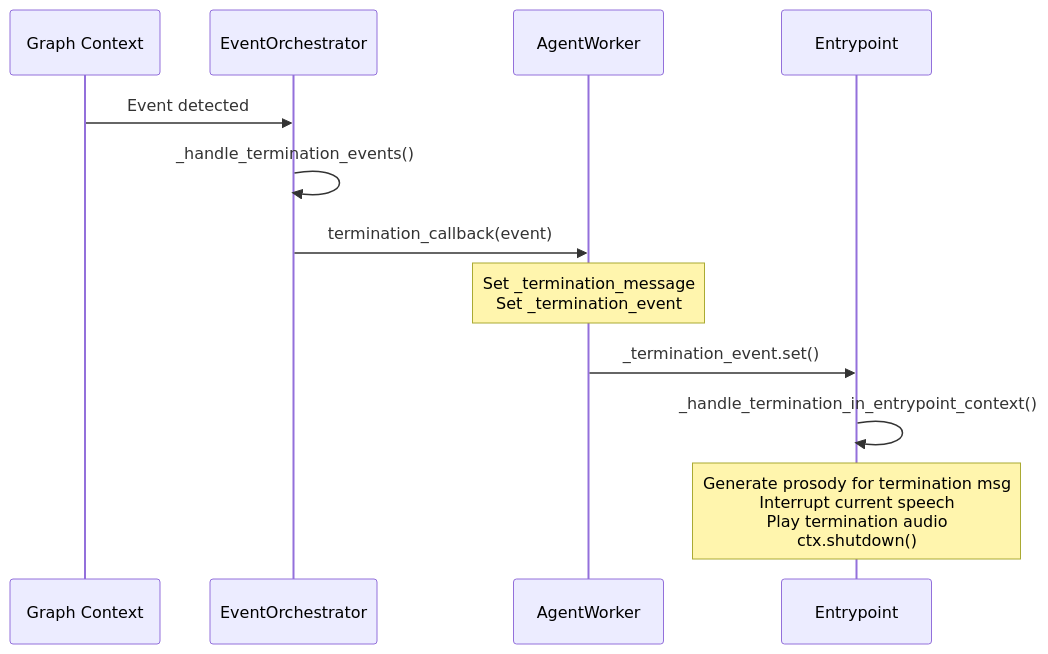
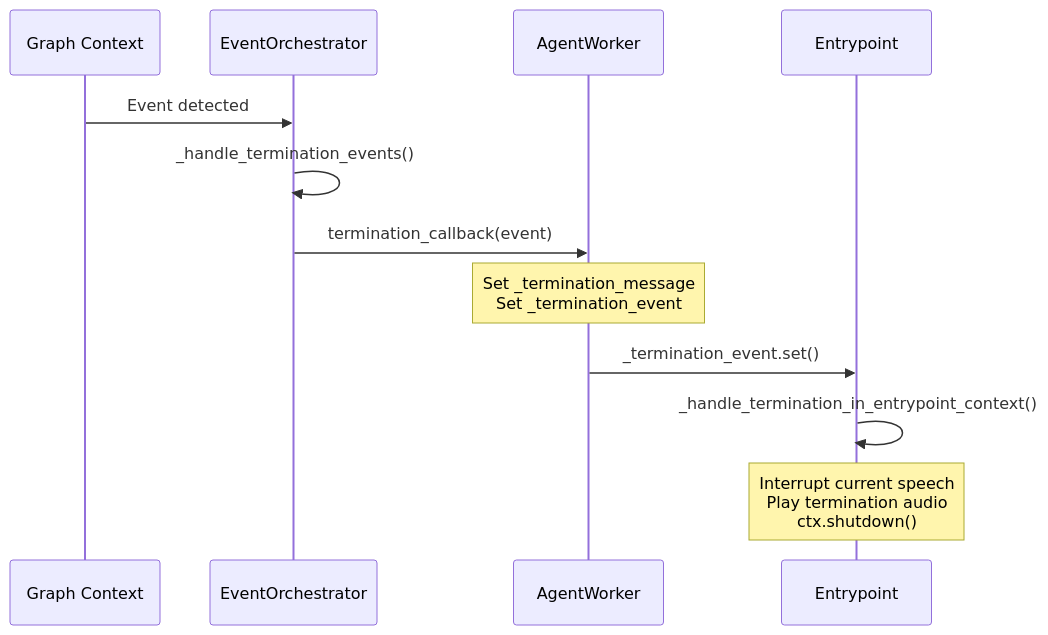
Before and after one commit to HelloAllyTech/ally-platform: the second of 2 diagrams in docs/01-worker-lifecycle.md, drawn with Mermaid. The commit also changed other lines of this file and 40 other files, not shown here.

First line of the commit message:
Remove speech prosody engine; keep v3 inline audio tags

````diff
--- a/docs/01-worker-lifecycle.md
+++ b/docs/01-worker-lifecycle.md
@@ -86,15 +85,15 @@
 ```mermaid
 sequenceDiagram
     participant Graph as Graph Context
     participant Orch as EventOrchestrator
     participant Worker as AgentWorker
     participant EP as Entrypoint
 
     Graph->>Orch: Event detected
     Orch->>Orch: _handle_termination_events()
     Orch->>Worker: termination_callback(event)
     Note over Worker: Set _termination_message<br/>Set _termination_event
     Worker->>EP: _termination_event.set()
     EP->>EP: _handle_termination_in_entrypoint_context()
-    Note over EP: Generate prosody for termination msg<br/>Interrupt current speech<br/>Play termination audio<br/>ctx.shutdown()
+    Note over EP: Interrupt current speech<br/>Play termination audio<br/>ctx.shutdown()
 ```
````
